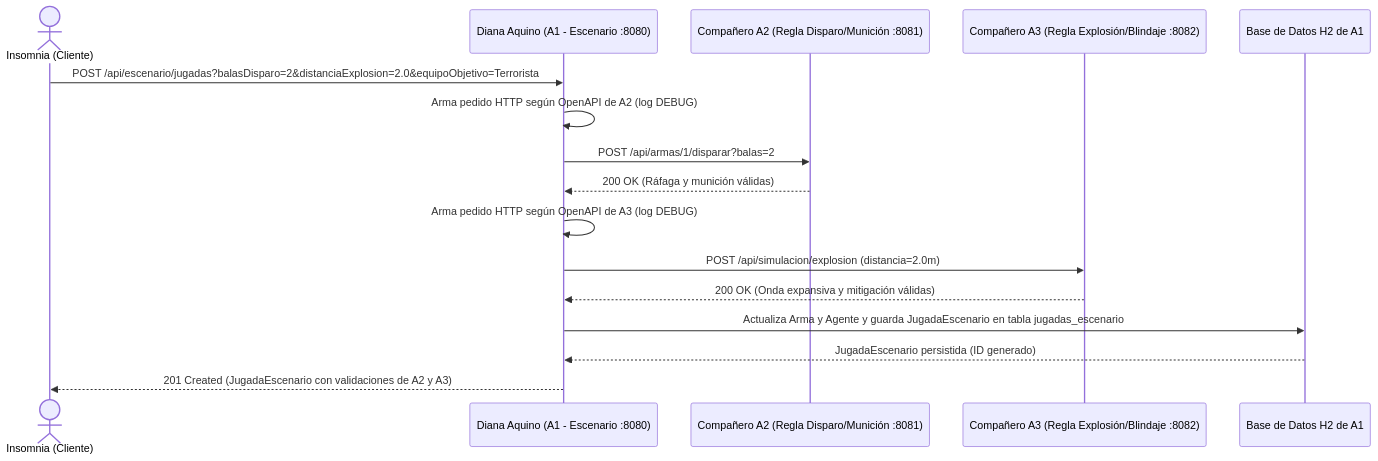
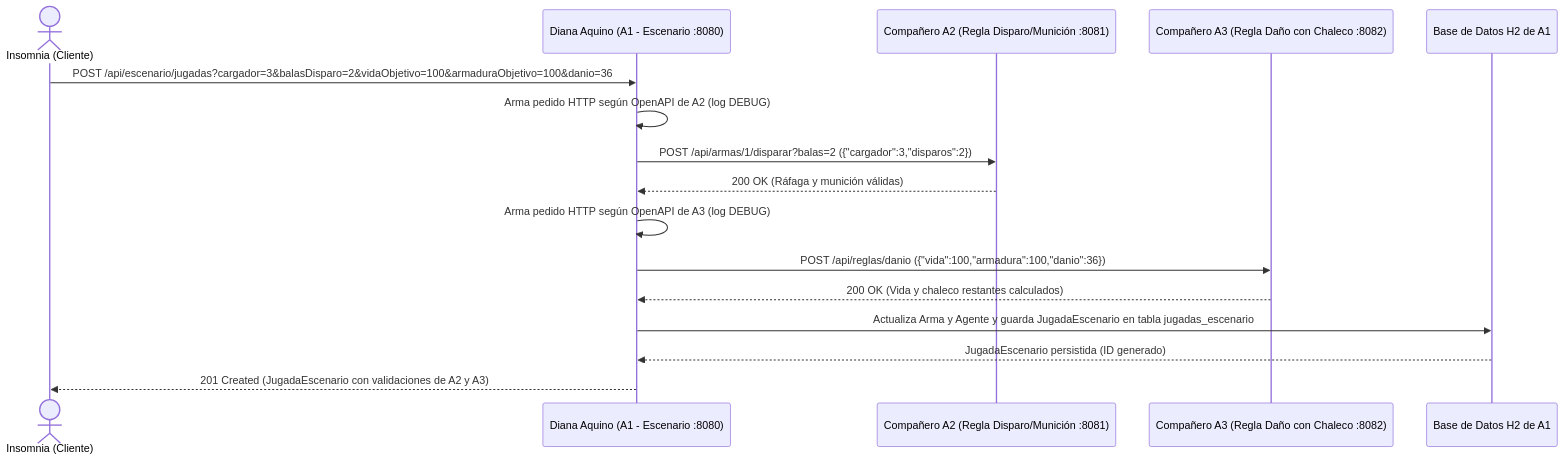
Before and after one commit to dianamariapaz2104/daquino-tp-lp3-2026: the first of 4 diagrams in README.md, drawn with Mermaid. The commit also changed other lines of this file and 8 other files, not shown here.

Commit message:
feat(poo09): integrar endpoints /api/reglas/danio y /api/reglas/municion del compañero A3

````diff
--- a/README.md
+++ b/README.md
@@ -79,19 +79,19 @@
 ```mermaid
 sequenceDiagram
     actor Cliente as Insomnia (Cliente)
     participant A1 as Diana Aquino (A1 - Escenario :8080)
     participant A2 as Compañero A2 (Regla Disparo/Munición :8081)
-    participant A3 as Compañero A3 (Regla Explosión/Blindaje :8082)
+    participant A3 as Compañero A3 (Regla Daño con Chaleco :8082)
     participant H2 as Base de Datos H2 de A1
 
-    Cliente->>A1: POST /api/escenario/jugadas?balasDisparo=2&distanciaExplosion=2.0&equipoObjetivo=Terrorista
+    Cliente->>A1: POST /api/escenario/jugadas?cargador=3&balasDisparo=2&vidaObjetivo=100&armaduraObjetivo=100&danio=36
     A1->>A1: Arma pedido HTTP según OpenAPI de A2 (log DEBUG)
-    A1->>A2: POST /api/armas/1/disparar?balas=2
+    A1->>A2: POST /api/armas/1/disparar?balas=2 ({"cargador":3,"disparos":2})
     A2-->>A1: 200 OK (Ráfaga y munición válidas)
     A1->>A1: Arma pedido HTTP según OpenAPI de A3 (log DEBUG)
-    A1->>A3: POST /api/simulacion/explosion (distancia=2.0m)
-    A3-->>A1: 200 OK (Onda expansiva y mitigación válidas)
+    A1->>A3: POST /api/reglas/danio ({"vida":100,"armadura":100,"danio":36})
+    A3-->>A1: 200 OK (Vida y chaleco restantes calculados)
     A1->>H2: Actualiza Arma y Agente y guarda JugadaEscenario en tabla jugadas_escenario
     H2-->>A1: JugadaEscenario persistida (ID generado)
     A1-->>Cliente: 201 Created (JugadaEscenario con validaciones de A2 y A3)
 ```
````
